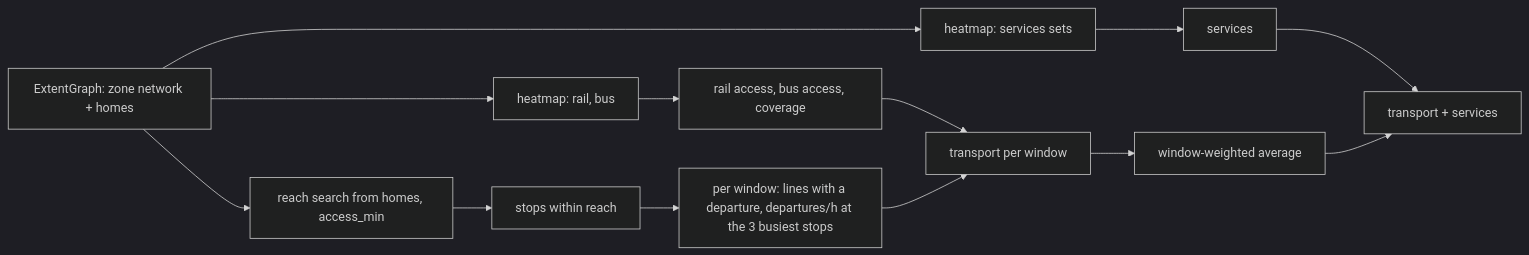
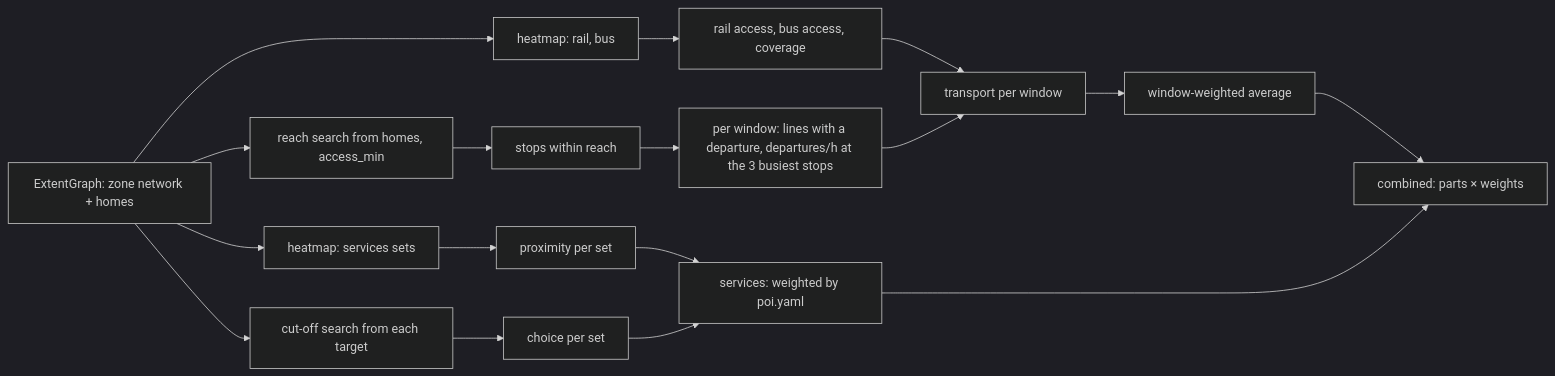
Before and after one commit to MassimilianoBiancucci/find_home: the sixth of 6 diagrams in guide/architecture/config_and_locations.md, drawn with Mermaid (dark theme). The commit also changed other lines of this file and 18 other files, not shown here.

First line of the commit message:
feat(zone): services index separate from transport, combined score and POI density

````diff
--- a/guide/architecture/config_and_locations.md
+++ b/guide/architecture/config_and_locations.md
@@ -385,12 +397,15 @@
 ```mermaid
 flowchart LR
   EG[ExtentGraph: zone network + homes] --> HT[heatmap: rail, bus] --> A[rail access, bus access, coverage]
-  EG --> HS[heatmap: services sets] --> S[services]
   EG --> R[reach search from homes, access_min] --> ST[stops within reach]
   ST --> W[per window: lines with a departure, departures/h at the 3 busiest stops]
   A --> I[transport per window]
   W --> I
   I --> AV[window-weighted average]
-  S --> IS[transport + services]
-  AV --> IS
+  EG --> HS[heatmap: services sets] --> PX[proximity per set]
+  EG --> CW[cut-off search from each target] --> CH[choice per set]
+  PX --> SV[services: weighted by poi.yaml]
+  CH --> SV
+  AV --> CB[combined: parts × weights]
+  SV --> CB
 ```
````
